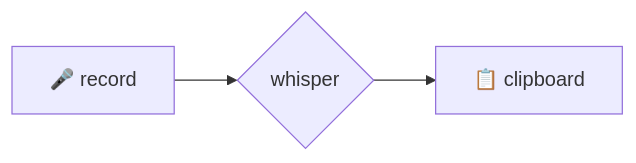
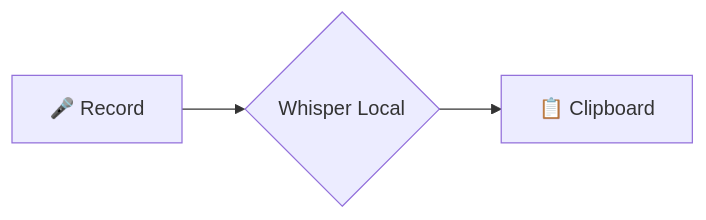
One commit to zarvent/v2m-lab changed the first of 2 diagrams in README.md. Above: the diagram before and after it, drawn with Mermaid. The commit also changed other lines of this file and 12 other files, not shown here.

````diff
--- a/README.md
+++ b/README.md
@@ -52,5 +57,5 @@
 ```mermaid
 flowchart LR
-A[🎤 record] --> B{whisper}
-B --> C[📋 clipboard]
+    A[🎤 Record] --> B{Whisper Local}
+    B --> C[📋 Clipboard]
 ```
````
